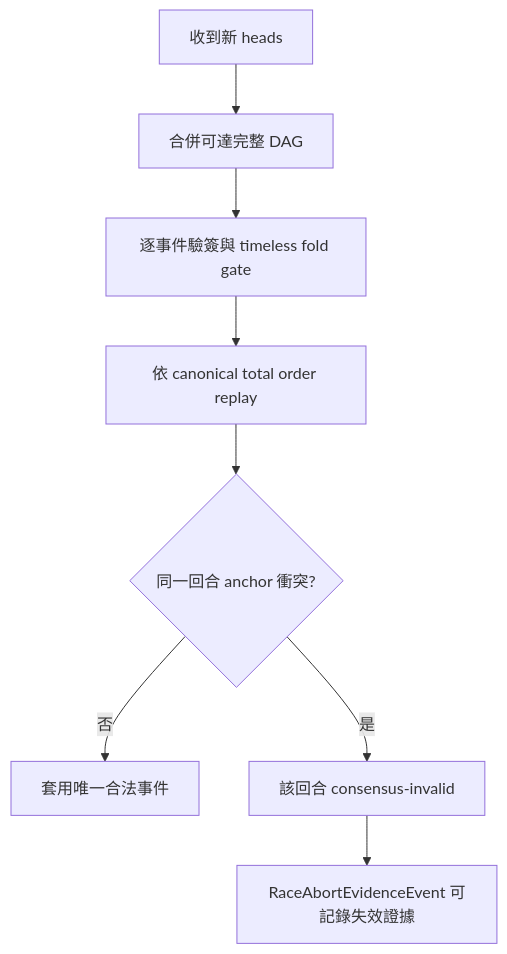
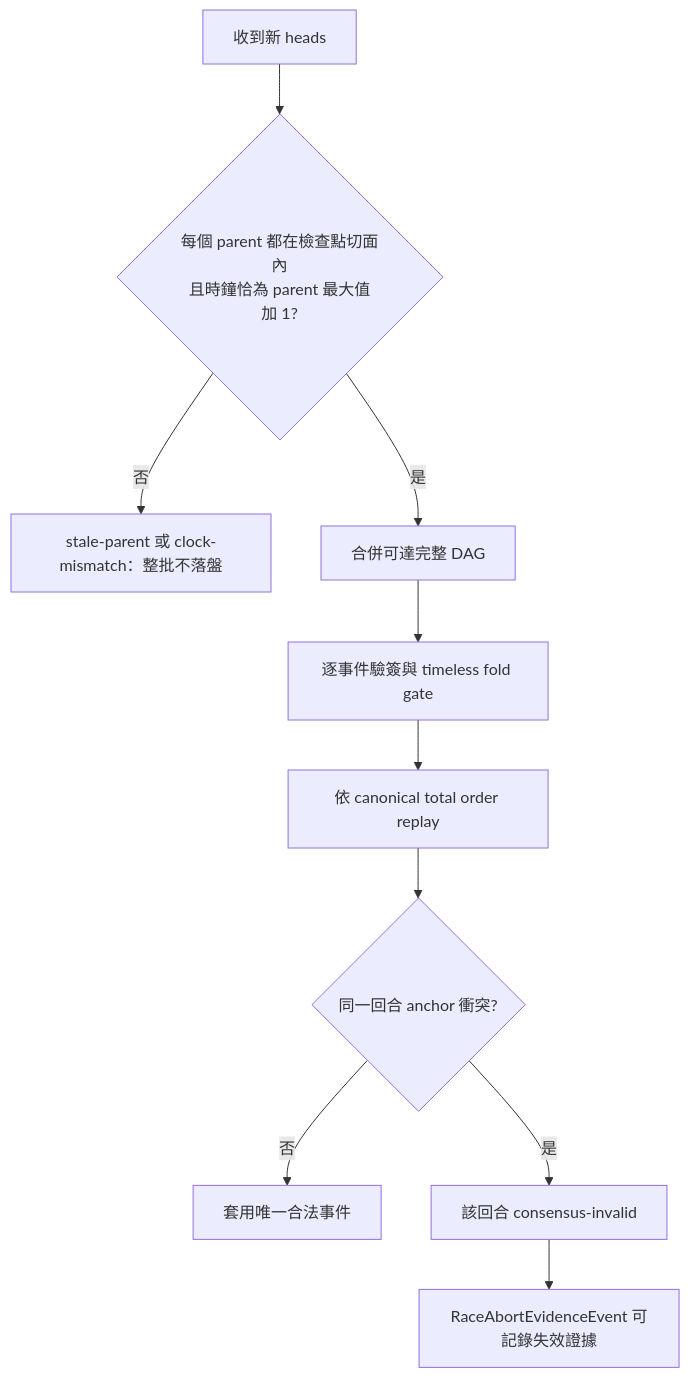
One commit to xjustloveux/open-4wd-specs changed the fifth of 8 diagrams in 程式架構/程式流程/ledger.md. Above: the diagram before and after it, drawn with Mermaid. The commit also changed 19 other files, not shown here.

````diff
--- a/程式架構/程式流程/ledger.md
+++ b/程式架構/程式流程/ledger.md
@@ -117,10 +117,12 @@
 ```mermaid
 flowchart TD
-    Receive[收到新 heads] --> Merge[合併可達完整 DAG]
+    Receive[收到新 heads] --> Cut{每個 parent 都在檢查點切面內<br/>且時鐘恰為 parent 最大值加 1?}
+    Cut -->|否| Reject[stale-parent 或 clock-mismatch：整批不落盤]
+    Cut -->|是| Merge[合併可達完整 DAG]
     Merge --> Verify[逐事件驗簽與 timeless fold gate]
     Verify --> Order[依 canonical total order replay]
     Order --> Conflict{同一回合 anchor 衝突?}
     Conflict -->|否| Apply[套用唯一合法事件]
     Conflict -->|是| Invalid[該回合 consensus-invalid]
     Invalid --> Evidence[RaceAbortEvidenceEvent 可記錄失效證據]
 ```
````
